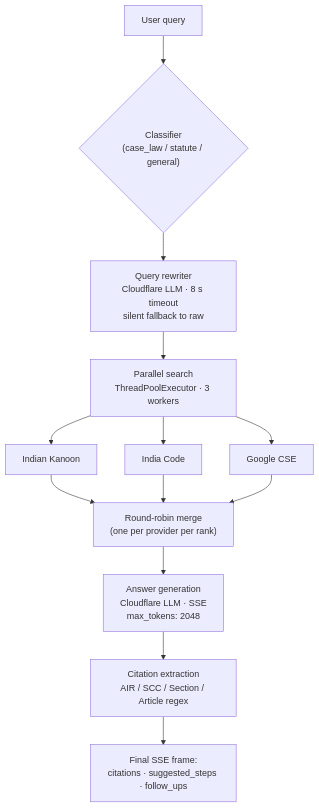
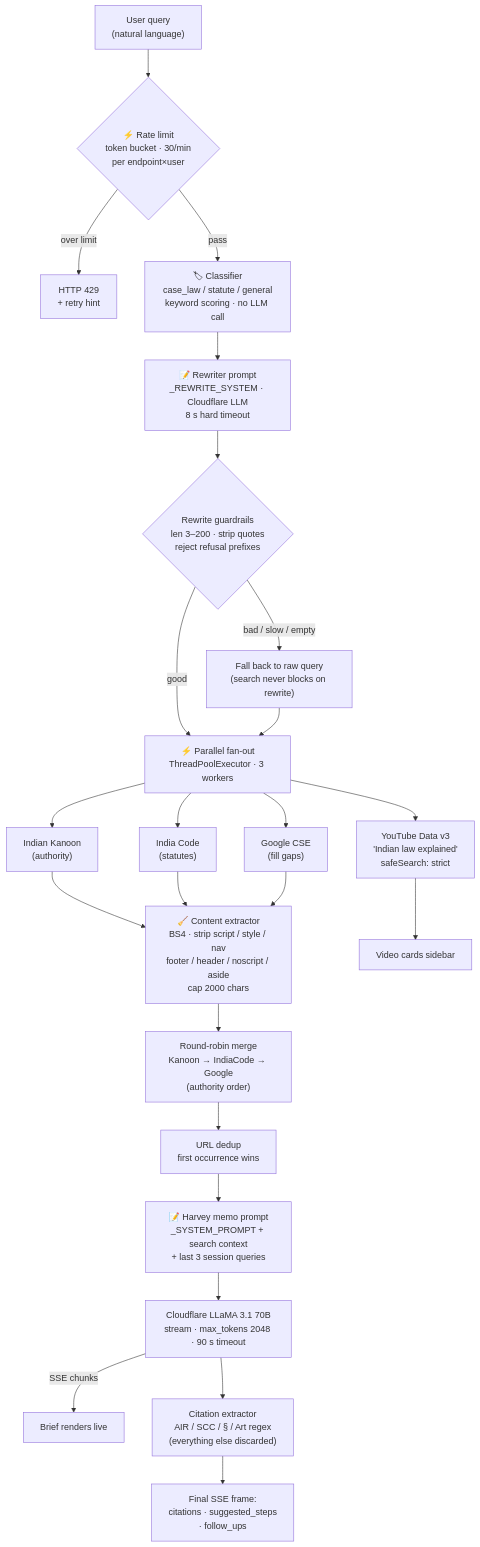
Before and after one commit to paritoshtripathi935/MiniHarvery: the second of 2 diagrams in README.md, drawn with Mermaid. The commit also changed other lines of this file, not shown here.

First line of the commit message:
docs(readme): expand mermaid diagrams with rate limiter, prompts, filters, YouTube

````diff
--- a/README.md
+++ b/README.md
@@ -83,13 +109,26 @@
 ```mermaid
 flowchart TD
-    Q["User query"] --> C{"Classifier<br/>(case_law / statute / general)"}
-    C --> R["Query rewriter<br/>Cloudflare LLM · 8 s timeout<br/>silent fallback to raw"]
-    R --> P["Parallel search<br/>ThreadPoolExecutor · 3 workers"]
-    P --> P1["Indian Kanoon"]
-    P --> P2["India Code"]
-    P --> P3["Google CSE"]
-    P1 & P2 & P3 --> M["Round-robin merge<br/>(one per provider per rank)"]
-    M --> A["Answer generation<br/>Cloudflare LLM · SSE<br/>max_tokens: 2048"]
-    A --> X["Citation extraction<br/>AIR / SCC / Section / Article regex"]
-    X --> F["Final SSE frame:<br/>citations · suggested_steps · follow_ups"]
+    Q["User query<br/>(natural language)"] --> RL{"⚡ Rate limit<br/>token bucket · 30/min<br/>per endpoint×user"}
+    RL -- "over limit" --> E429["HTTP 429<br/>+ retry hint"]
+    RL -- "pass" --> QC["🏷 Classifier<br/>case_law / statute / general<br/>keyword scoring · no LLM call"]
+    QC --> RW["📝 Rewriter prompt<br/>_REWRITE_SYSTEM · Cloudflare LLM<br/>8 s hard timeout"]
+    RW --> RWG{"Rewrite guardrails<br/>len 3–200 · strip quotes<br/>reject refusal prefixes"}
+    RWG -- "bad / slow / empty" --> RAW["Fall back to raw query<br/>(search never blocks on rewrite)"]
+    RWG -- "good" --> PAR["⚡ Parallel fan-out<br/>ThreadPoolExecutor · 3 workers"]
+    RAW --> PAR
+    PAR --> IK["Indian Kanoon<br/>(authority)"]
+    PAR --> ICS["India Code<br/>(statutes)"]
+    PAR --> GC["Google CSE<br/>(fill gaps)"]
+    PAR --> YTS["YouTube Data v3<br/>'Indian law explained'<br/>safeSearch: strict"]
+    IK --> CX["🧹 Content extractor<br/>BS4 · strip script / style / nav<br/>footer / header / noscript / aside<br/>cap 2000 chars"]
+    ICS --> CX
+    GC --> CX
+    CX --> RR["Round-robin merge<br/>Kanoon → IndiaCode → Google<br/>(authority order)"]
+    RR --> DD["URL dedup<br/>first occurrence wins"]
+    DD --> AP["📝 Harvey memo prompt<br/>_SYSTEM_PROMPT + search context<br/>+ last 3 session queries"]
+    AP --> LLM["Cloudflare LLaMA 3.1 70B<br/>stream · max_tokens 2048 · 90 s timeout"]
+    LLM -- "SSE chunks" --> UI["Brief renders live"]
+    LLM --> CF["Citation extractor<br/>AIR / SCC / § / Art regex<br/>(everything else discarded)"]
+    CF --> FIN["Final SSE frame:<br/>citations · suggested_steps<br/>· follow_ups"]
+    YTS --> VID["Video cards sidebar"]
 ```
````
